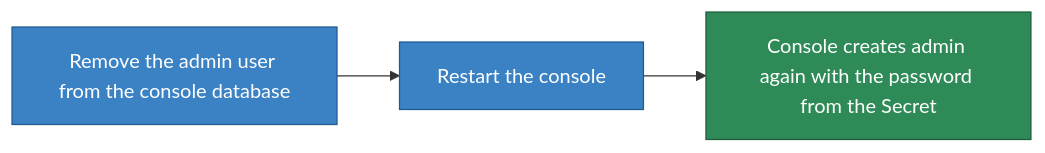
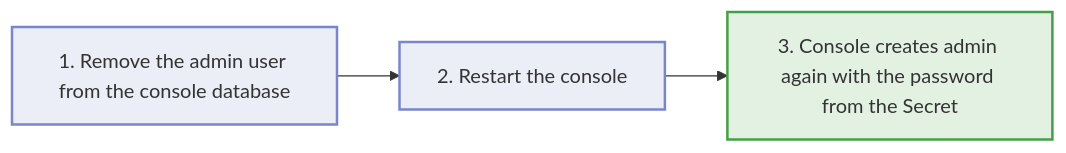
The third of 8 diagrams in docs/console.md (AdityaPanchall/keenpg-documentation), drawn with Mermaid before and after one commit. The commit also changed other lines of this file and 8 other files, not shown here.

````diff
--- a/docs/console.md
+++ b/docs/console.md
@@ -289,10 +246,10 @@
     ```mermaid
     flowchart LR
-        A["Remove the admin user from the console database"] --> B["Restart the console"]
-        B --> C["Console creates admin again with the password from the Secret"]
+        A["1. Remove the admin user from the console database"] --> B["2. Restart the console"]
+        B --> C["3. Console creates admin again with the password from the Secret"]
 
-        classDef step fill:#3b82c4,stroke:#1e5a94,color:#fff
-        classDef ok fill:#2e8b57,stroke:#1c5e3a,color:#fff
+        classDef step fill:#7986cb26,stroke:#7986cb,stroke-width:2px
+        classDef ok fill:#43a04726,stroke:#43a047,stroke-width:2px
         class A,B step
         class C ok
     ```
````
